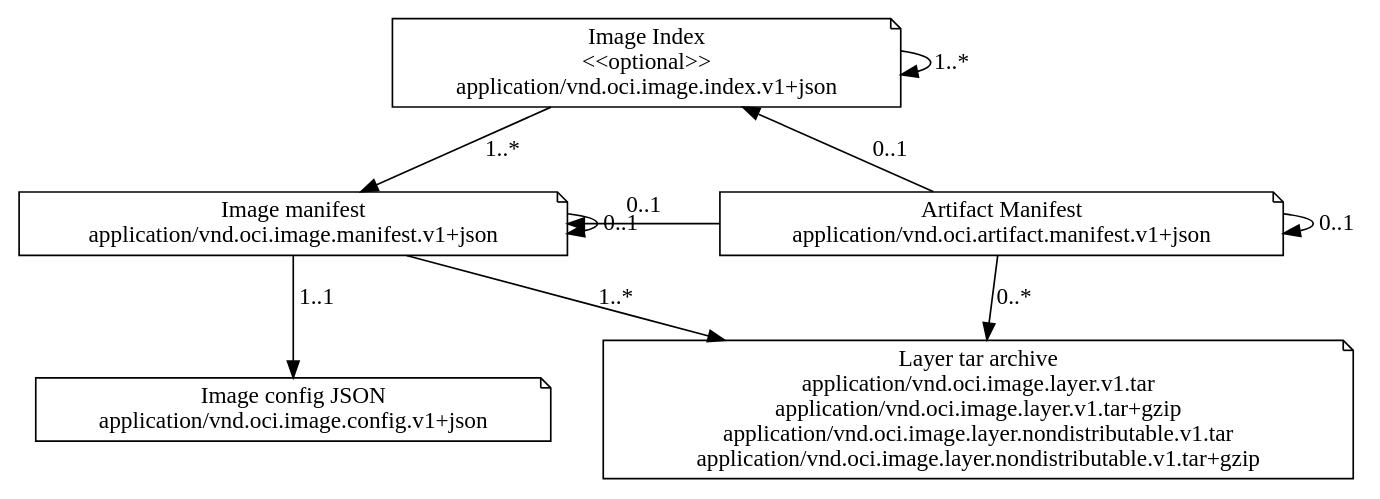
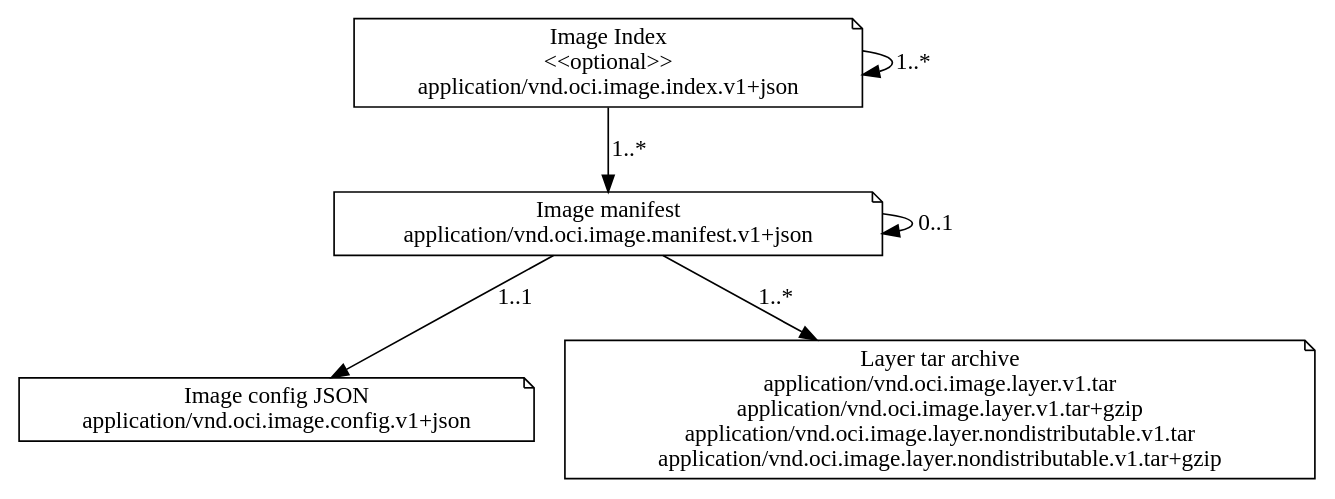
The diagram in img/media-types.dot (opencontainers/image-spec), drawn with Graphviz before and after one commit. The commit also changed 9 other files, not shown here.

First line of the commit message:
Remove artifact manifest

```diff
--- a/img/media-types.dot
+++ b/img/media-types.dot
@@ -1,22 +1,17 @@
 digraph G {
   {
     imageIndex [shape=note, label="Image Index\n<<optional>>\napplication/vnd.oci.image.index.v1+json"]
     {
       rank=same
       manifest [shape=note, label="Image manifest\napplication/vnd.oci.image.manifest.v1+json"]
-      artifact [shape=note, label="Artifact Manifest\napplication/vnd.oci.artifact.manifest.v1+json"]
     }
     config [shape=note, label="Image config JSON\napplication/vnd.oci.image.config.v1+json"]
     layer [shape=note, label="Layer tar archive\napplication/vnd.oci.image.layer.v1.tar\napplication/vnd.oci.image.layer.v1.tar+gzip\napplication/vnd.oci.image.layer.nondistributable.v1.tar\napplication/vnd.oci.image.layer.nondistributable.v1.tar+gzip"]
   }
 
   imageIndex -> imageIndex [label="1..*"]
   imageIndex -> manifest [label="1..*"]
   manifest -> config [label="1..1"]
   manifest -> layer [label="1..*"]
-  artifact -> manifest [label="0..1"] [constraint = false];
-  artifact -> artifact [label="0..1"];
   manifest -> manifest [label="0..1"];
-  artifact -> imageIndex [label="0..1"]
-  artifact -> layer[label="0..*"]
 }
```
